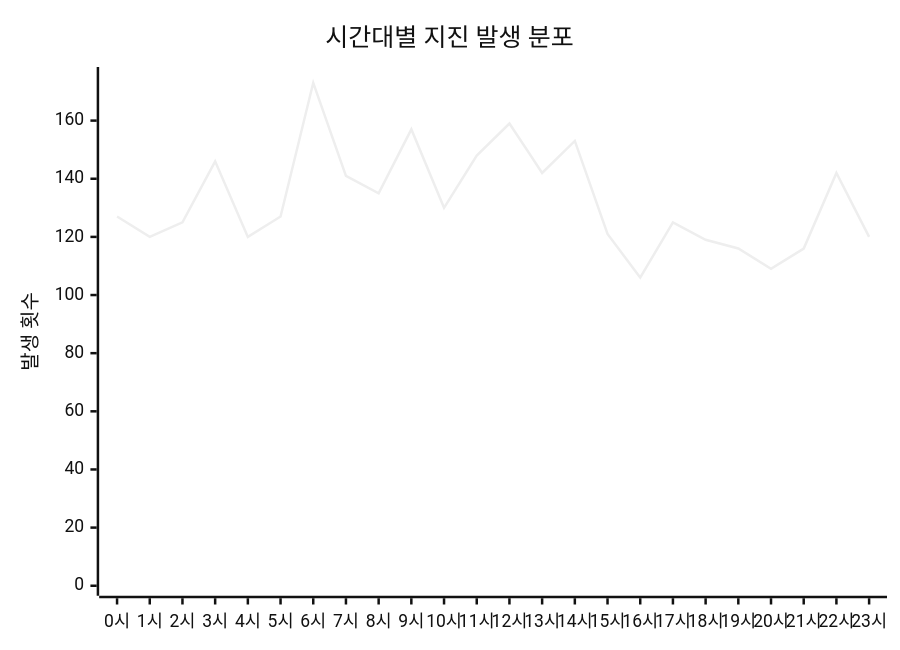
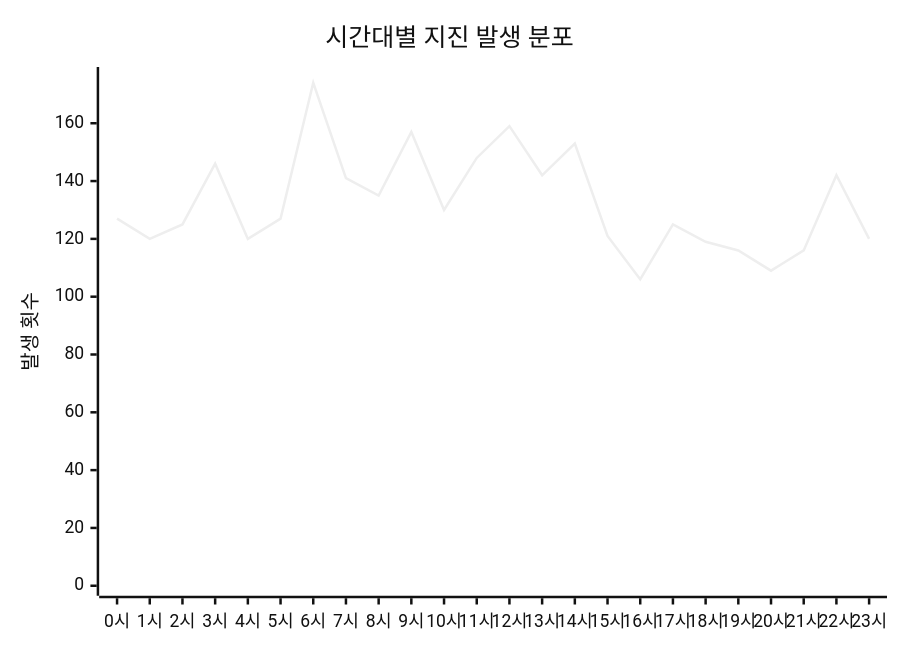
Before and after one commit to serendip811/japan-eq: the diagram in charts/time-chart.md, drawn with Mermaid (neutral theme). The commit also changed other lines of this file and 5 other files, not shown here.

Commit message:
Update earthquake data and charts Wed Dec 10 07:06:24 UTC 2025

````diff
--- a/charts/time-chart.md
+++ b/charts/time-chart.md
@@ -3,7 +3,7 @@
 ```mermaid
 xychart-beta
     title "시간대별 지진 발생 분포"
     x-axis ["0시", "1시", "2시", "3시", "4시", "5시", "6시", "7시", "8시", "9시", "10시", "11시", "12시", "13시", "14시", "15시", "16시", "17시", "18시", "19시", "20시", "21시", "22시", "23시"]
-    y-axis "발생 횟수" 0 --> 175
-    line [127, 120, 125, 146, 120, 127, 173, 141, 135, 157, 130, 148, 159, 142, 153, 121, 106, 125, 119, 116, 109, 116, 142, 120]
+    y-axis "발생 횟수" 0 --> 176
+    line [127, 120, 125, 146, 120, 127, 174, 141, 135, 157, 130, 148, 159, 142, 153, 121, 106, 125, 119, 116, 109, 116, 142, 120]
 ```
````
